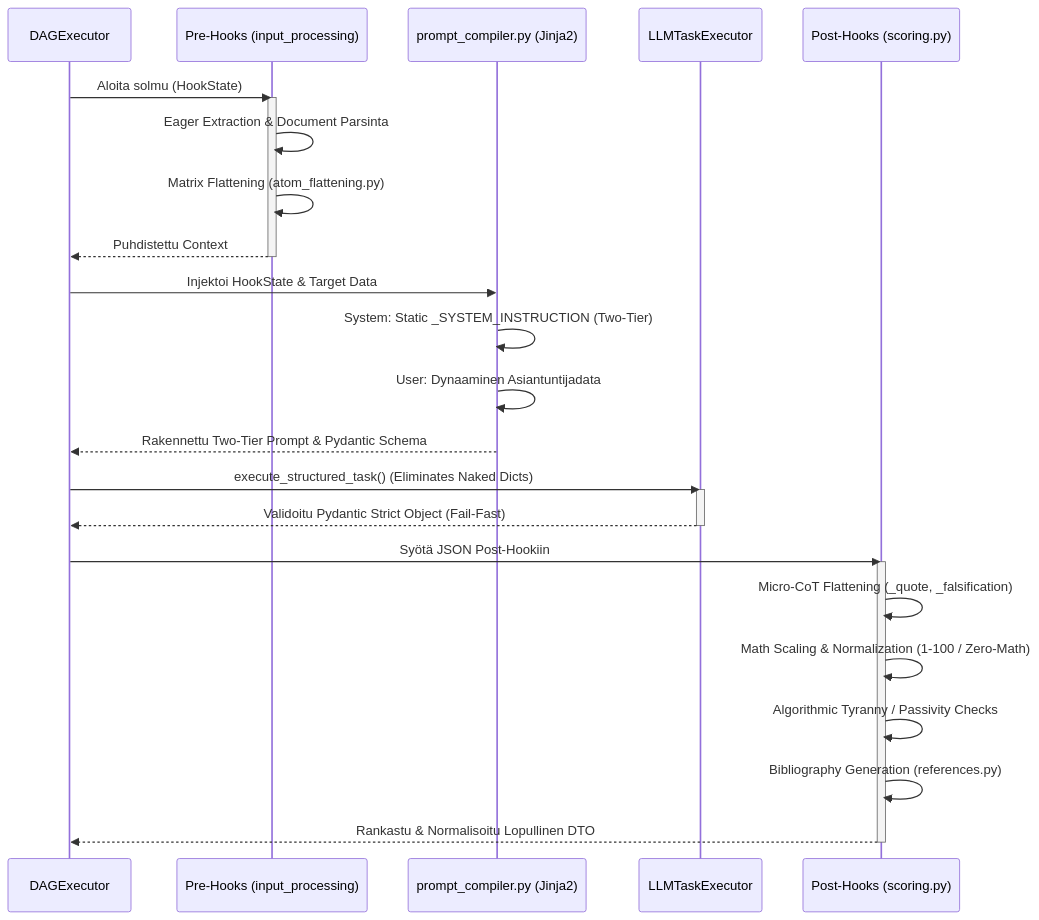
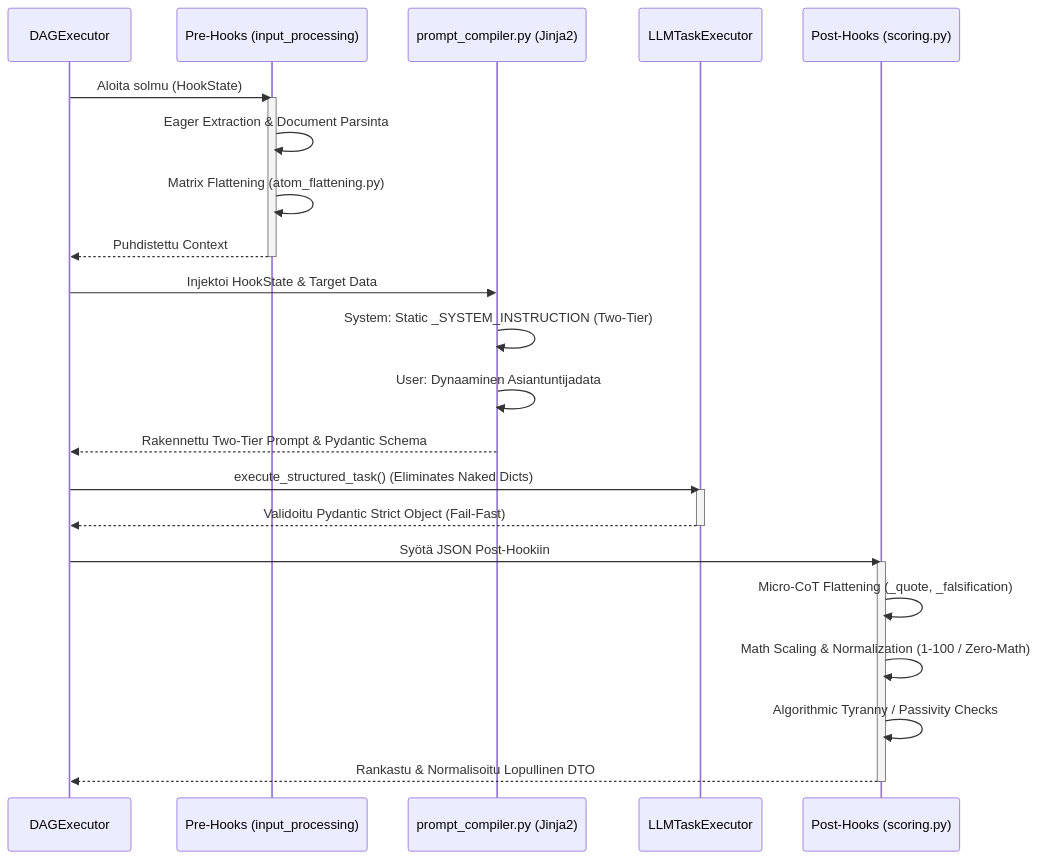
One commit to launis/quorum changed the diagram in docs/architecture/05_llm_and_hooks.md. Above: the diagram before and after it, drawn with Mermaid. The commit also changed other lines of this file and 84 other files, not shown here.

Commit message:
feat: implement V2 core architecture including orchestrator strategies, domain models, and unified enum-based system definitions.

````diff
--- a/docs/architecture/05_llm_and_hooks.md
+++ b/docs/architecture/05_llm_and_hooks.md
@@ -9,34 +9,34 @@
 ```mermaid
 sequenceDiagram
     participant Dag as DAGExecutor
     participant Pre as Pre-Hooks (input_processing)
     participant Compiler as prompt_compiler.py (Jinja2)
     participant Executor as LLMTaskExecutor
     participant Post as Post-Hooks (scoring.py)
 
     Dag->>Pre: Aloita solmu (HookState)
     activate Pre
     Pre->>Pre: Eager Extraction & Document Parsinta
     Pre->>Pre: Matrix Flattening (atom_flattening.py)
     Pre-->>Dag: Puhdistettu Context
     deactivate Pre
     
     Dag->>Compiler: Injektoi HookState & Target Data
     Compiler->>Compiler: System: Static _SYSTEM_INSTRUCTION (Two-Tier)
     Compiler->>Compiler: User: Dynaaminen Asiantuntijadata
     Compiler-->>Dag: Rakennettu Two-Tier Prompt & Pydantic Schema
+    
 
     Dag->>Executor: execute_structured_task() (Eliminates Naked Dicts)
     activate Executor
     Executor-->>Dag: Validoitu Pydantic Strict Object (Fail-Fast)
     deactivate Executor
     
     Dag->>Post: Syötä JSON Post-Hookiin
     activate Post
     Post->>Post: Micro-CoT Flattening (_quote, _falsification)
     Post->>Post: Math Scaling & Normalization (1-100 / Zero-Math)
     Post->>Post: Algorithmic Tyranny / Passivity Checks
-    Post->>Post: Bibliography Generation (references.py)
     Post-->>Dag: Rankastu & Normalisoitu Lopullinen DTO
     deactivate Post
 ```
````
